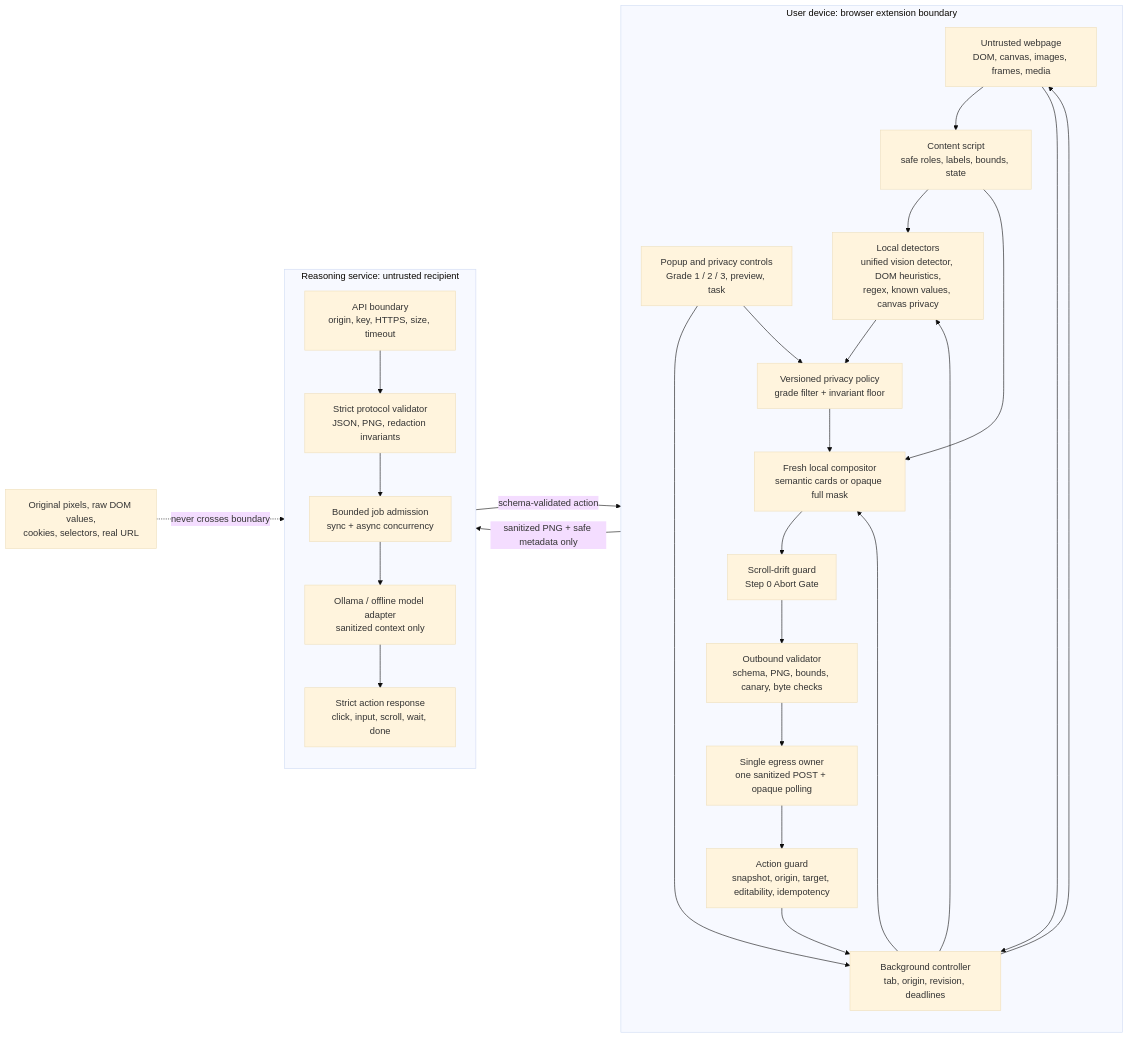
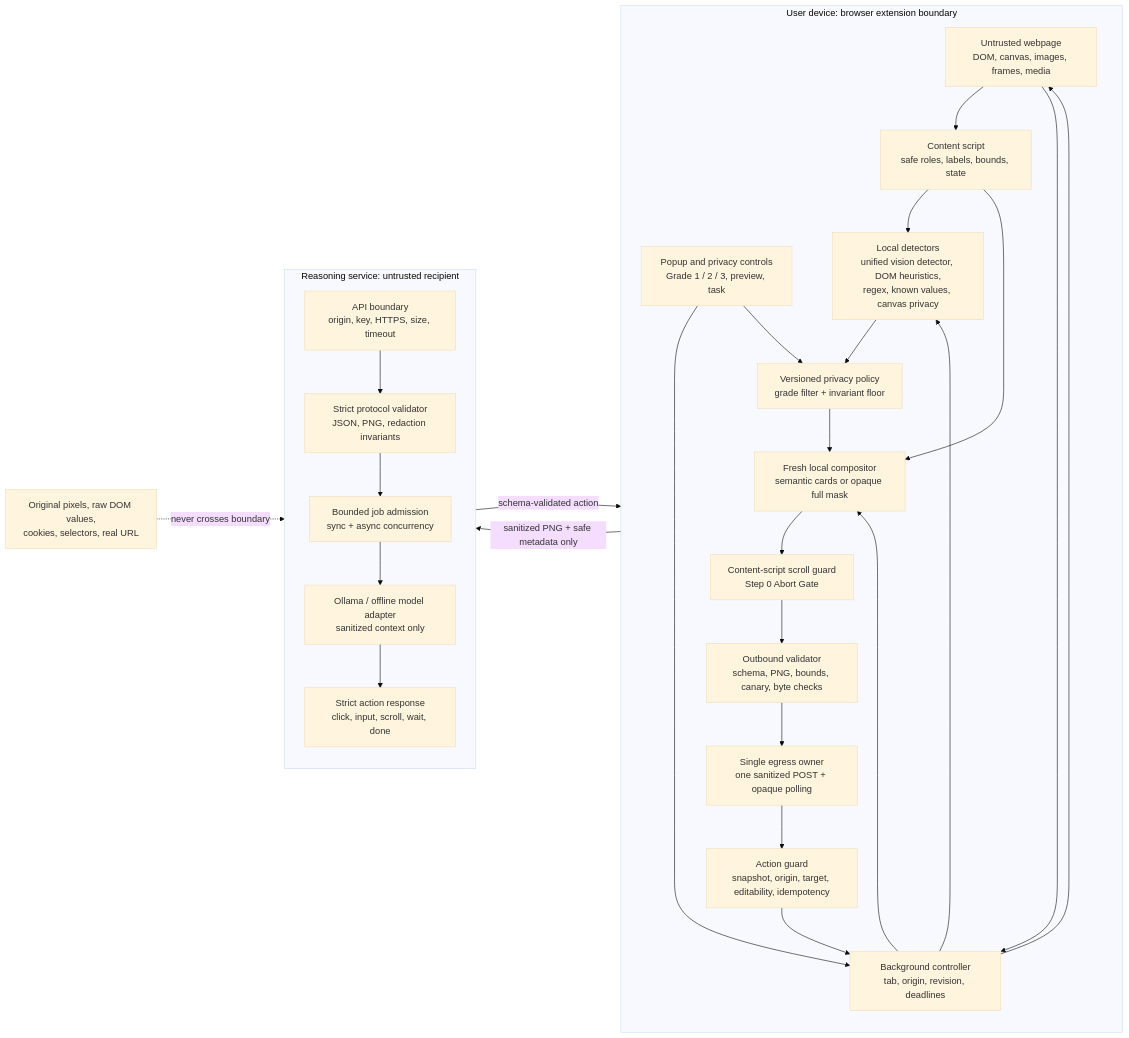
The second of 5 diagrams in README.md (Rohinth-S/NAYAN), drawn with Mermaid (base theme) before and after one commit. The commit also changed other lines of this file and 2 other files, not shown here.

Commit message:
docs: align architecture and flow diagrams

````diff
--- a/README.md
+++ b/README.md
@@ -69,44 +70,44 @@
 ```mermaid
 flowchart LR
   subgraph B[User device: browser extension boundary]
     direction TB
     P[Untrusted webpage<br/>DOM, canvas, images, frames, media]
     UI[Popup and privacy controls<br/>Grade 1 / 2 / 3, preview, task]
     CS[Content script<br/>safe roles, labels, bounds, state]
     BG[Background controller<br/>tab, origin, revision, deadlines]
     DET[Local detectors<br/>unified vision detector, DOM heuristics,<br/>regex, known values, canvas privacy]
     POL[Versioned privacy policy<br/>grade filter + invariant floor]
     COMP[Fresh local compositor<br/>semantic cards or opaque full mask]
-    SDG[Scroll-drift guard<br/>Step 0 Abort Gate]
+    SDG[Content-script scroll guard<br/>Step 0 Abort Gate]
     VAL[Outbound validator<br/>schema, PNG, bounds, canary, byte checks]
     EG[Single egress owner<br/>one sanitized POST + opaque polling]
     ACT[Action guard<br/>snapshot, origin, target, editability, idempotency]
     P --> CS
     P --> BG
     UI --> BG
     CS --> DET
     BG --> DET
     DET --> POL
     UI --> POL
     POL --> COMP
     CS --> COMP
     BG --> COMP
     COMP --> SDG --> VAL --> EG
     EG --> ACT --> BG
     BG --> P
   end
 
   subgraph S[Reasoning service: untrusted recipient]
     direction TB
     RB[API boundary<br/>origin, key, HTTPS, size, timeout]
     SV[Strict protocol validator<br/>JSON, PNG, redaction invariants]
     Q[Bounded job admission<br/>sync + async concurrency]
     M[Ollama / offline model adapter<br/>sanitized context only]
     OG[Strict action response<br/>click, input, scroll, wait, done]
     RB --> SV --> Q --> M --> OG
   end
 
   EG -->|sanitized PNG + safe metadata only| RB
   OG -->|schema-validated action| ACT
   RAW[Original pixels, raw DOM values,<br/>cookies, selectors, real URL] -. never crosses boundary .-> RB
 ```
````
